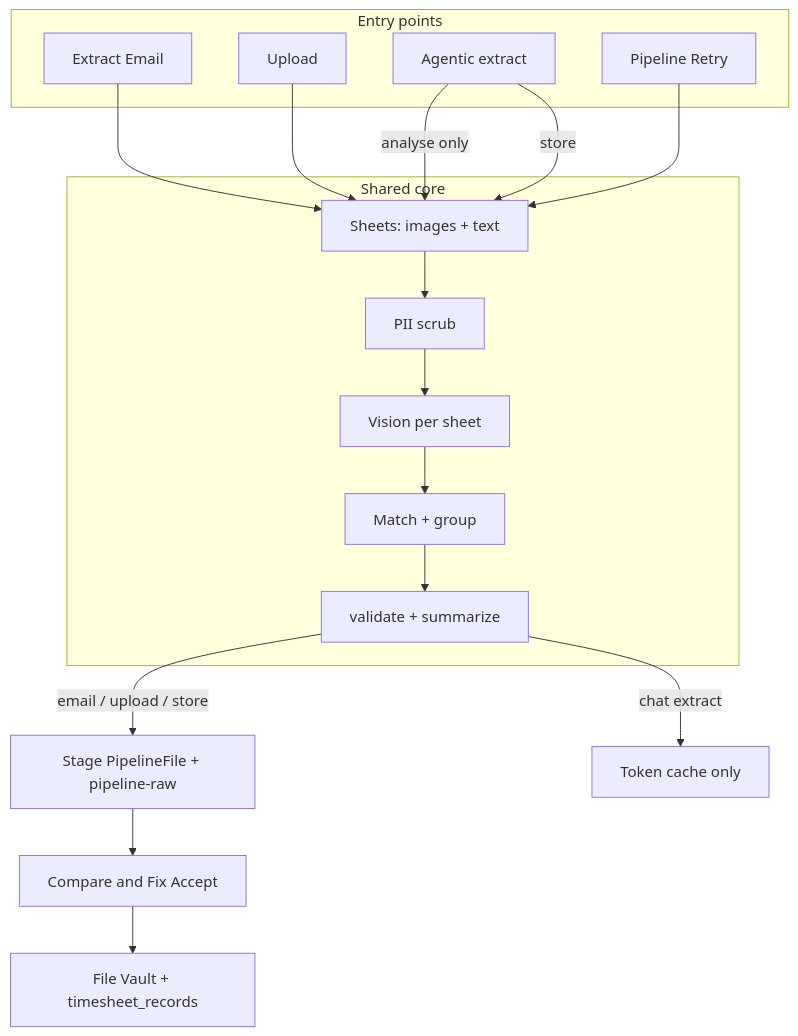
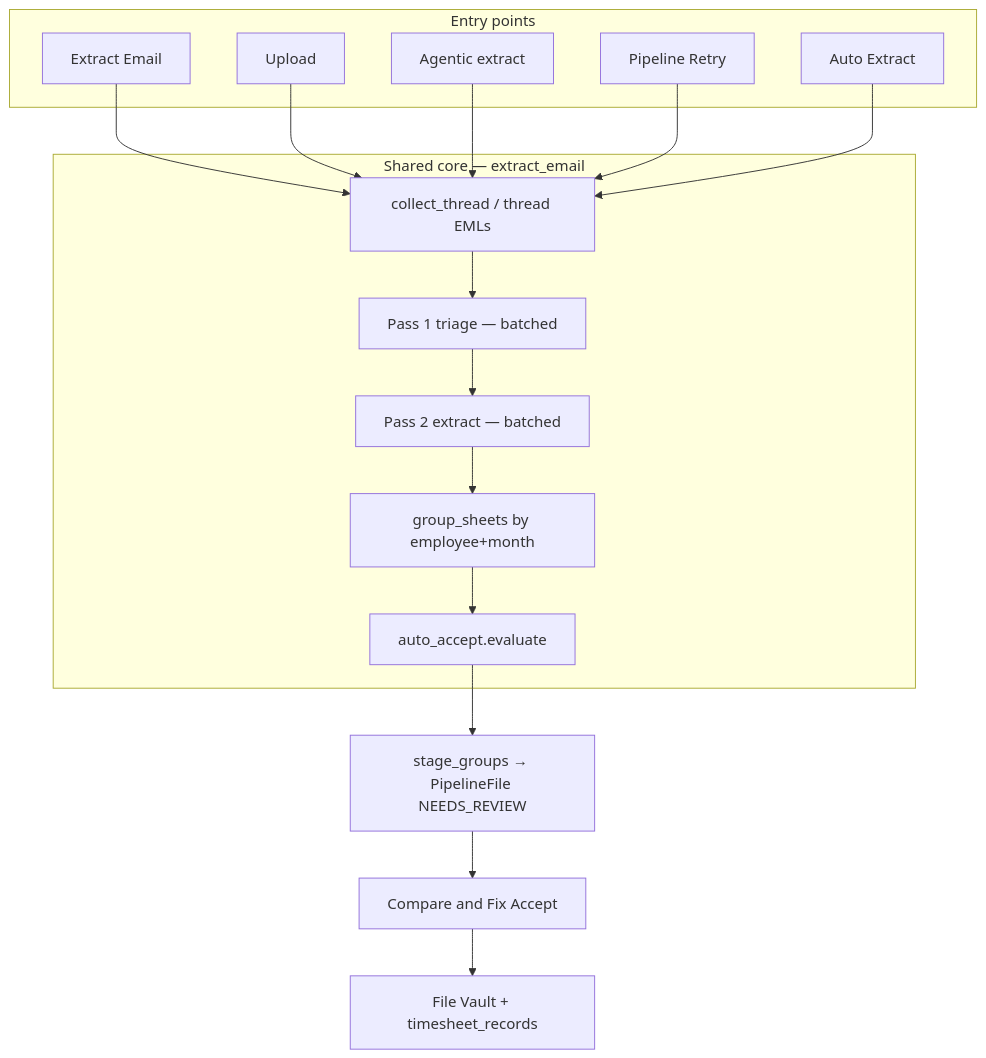
Before and after one commit to faizansyed14/Time-sheets-automation: the diagram in docs/EXTRACTION_FLOWS.md, drawn with Mermaid. The commit also changed other lines of this file and 55 other files, not shown here.

Commit message:
auto extract, duplicate detetction, dco, aco number added

````diff
--- a/docs/EXTRACTION_FLOWS.md
+++ b/docs/EXTRACTION_FLOWS.md
@@ -37,31 +39,30 @@
 ```mermaid
 flowchart TD
   subgraph entry [Entry points]
     Email[Extract Email]
     Upload[Upload]
     Agentic[Agentic extract]
     Retry[Pipeline Retry]
+    Auto[Auto Extract]
   end
 
-  subgraph core [Shared core]
-    Units[Sheets: images + text]
-    PII[PII scrub]
-    Vision[Vision per sheet]
-    Group[Match + group]
-    Val[validate + summarize]
+  subgraph core [Shared core — extract_email]
+    Collect[collect_thread / thread EMLs]
+    P1[Pass 1 triage — batched]
+    P2[Pass 2 extract — batched]
+    Group[group_sheets by employee+month]
+    Gate[auto_accept.evaluate]
   end
 
-  Stage[Stage PipelineFile + pipeline-raw]
+  Stage[stage_groups → PipelineFile NEEDS_REVIEW]
   Accept[Compare and Fix Accept]
   Vault[File Vault + timesheet_records]
 
-  Email --> Units
-  Upload --> Units
-  Agentic -->|analyse only| Units
-  Agentic -->|store| Units
-  Retry --> Units
-  Units --> PII --> Vision --> Group --> Val
-  Val -->|email / upload / store| Stage
-  Val -->|chat extract| Ephemeral[Token cache only]
+  Email --> Collect
+  Upload --> Collect
+  Agentic --> Collect
+  Retry --> Collect
+  Auto --> Collect
+  Collect --> P1 --> P2 --> Group --> Gate --> Stage
   Stage --> Accept --> Vault
 ```
````
